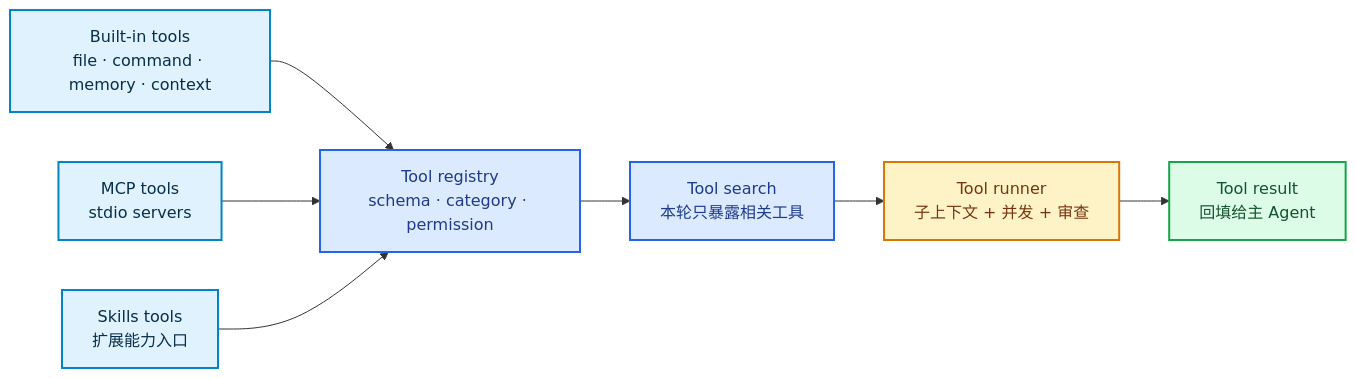
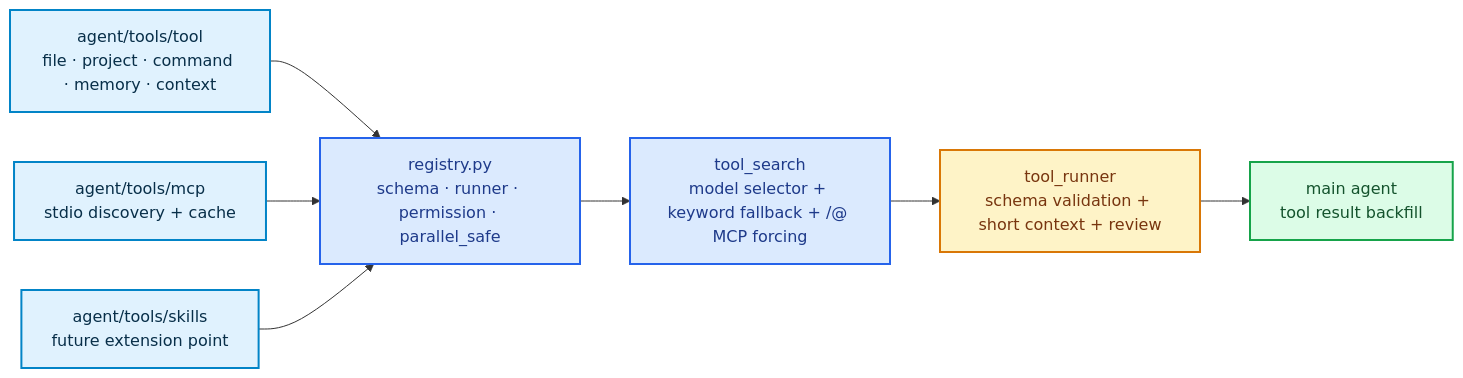
One commit to Anorlx/code_agent changed the second of 4 diagrams in MAIN_README.md. Above: the diagram before and after it, drawn with Mermaid. The commit also changed other lines of this file and 1 other file, not shown here.

Commit message:
Refresh MAIN README tech presentation

````diff
--- a/MAIN_README.md
+++ b/MAIN_README.md
@@ -106,30 +132,30 @@
 ```mermaid
 flowchart LR
-    accTitle: Tool Registry Layers
-    accDescr: Built-in tools, MCP tools and future skills tools are normalized by the registry, selected by tool search, reviewed by permission logic and executed by the tool runner.
+    accTitle: code_agent Tool Fabric
+    accDescr: Built-in local tools, MCP tools and future skills enter one registry, then tool_search chooses a small set for the current turn and tool_runner executes them with review.
 
-    built_in["Built-in tools<br/>file · command · memory · context"]
-    mcp["MCP tools<br/>stdio servers"]
-    skills["Skills tools<br/>扩展能力入口"]
-    registry["Tool registry<br/>schema · category · permission"]
-    selector["Tool search<br/>本轮只暴露相关工具"]
-    runner["Tool runner<br/>子上下文 + 并发 + 审查"]
-    result["Tool result<br/>回填给主 Agent"]
+    local_tools["agent/tools/tool<br/>file · project · command · memory · context"]
+    mcp_servers["agent/tools/mcp<br/>stdio discovery + cache"]
+    skills["agent/tools/skills<br/>future extension point"]
+    registry["registry.py<br/>schema · runner · permission · parallel_safe"]
+    search["tool_search<br/>model selector + keyword fallback + /@ MCP forcing"]
+    runner["tool_runner<br/>schema validation + short context + review"]
+    result["main agent<br/>tool result backfill"]
 
-    built_in --> registry
-    mcp --> registry
+    local_tools --> registry
+    mcp_servers --> registry
     skills --> registry
-    registry --> selector
-    selector --> runner
+    registry --> search
+    search --> runner
     runner --> result
 
-    classDef source fill:#e0f2fe,stroke:#0284c7,stroke-width:2px,color:#082f49
-    classDef core fill:#dbeafe,stroke:#2563eb,stroke-width:2px,color:#1e3a8a
-    classDef gate fill:#fef3c7,stroke:#d97706,stroke-width:2px,color:#78350f
-    classDef done fill:#dcfce7,stroke:#16a34a,stroke-width:2px,color:#14532d
+    classDef source fill:#E0F2FE,stroke:#0284C7,stroke-width:2px,color:#082F49
+    classDef core fill:#DBEAFE,stroke:#2563EB,stroke-width:2px,color:#1E3A8A
+    classDef gate fill:#FEF3C7,stroke:#D97706,stroke-width:2px,color:#78350F
+    classDef done fill:#DCFCE7,stroke:#16A34A,stroke-width:2px,color:#14532D
 
-    class built_in,mcp,skills source
-    class registry,selector core
+    class local_tools,mcp_servers,skills source
+    class registry,search core
     class runner gate
     class result done
 ```
````
